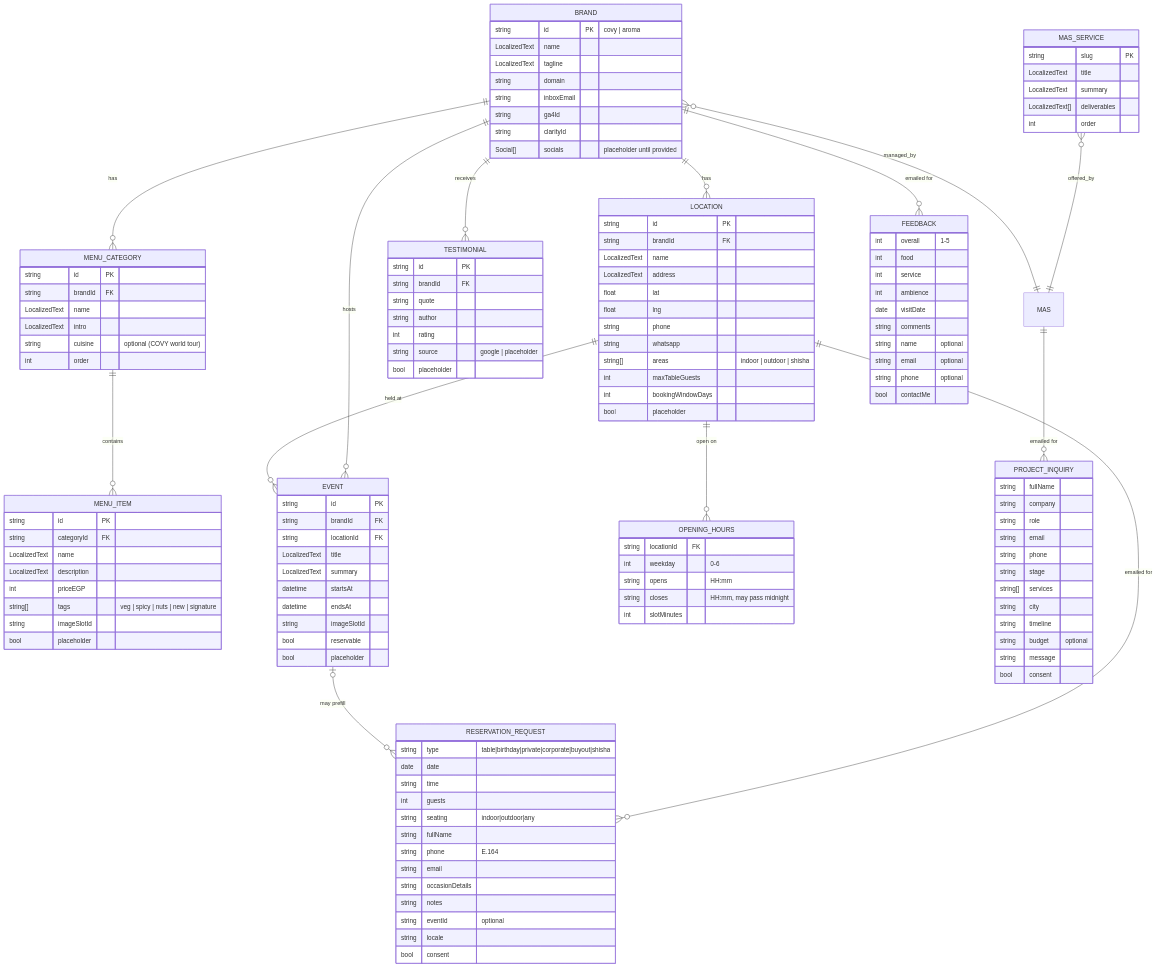
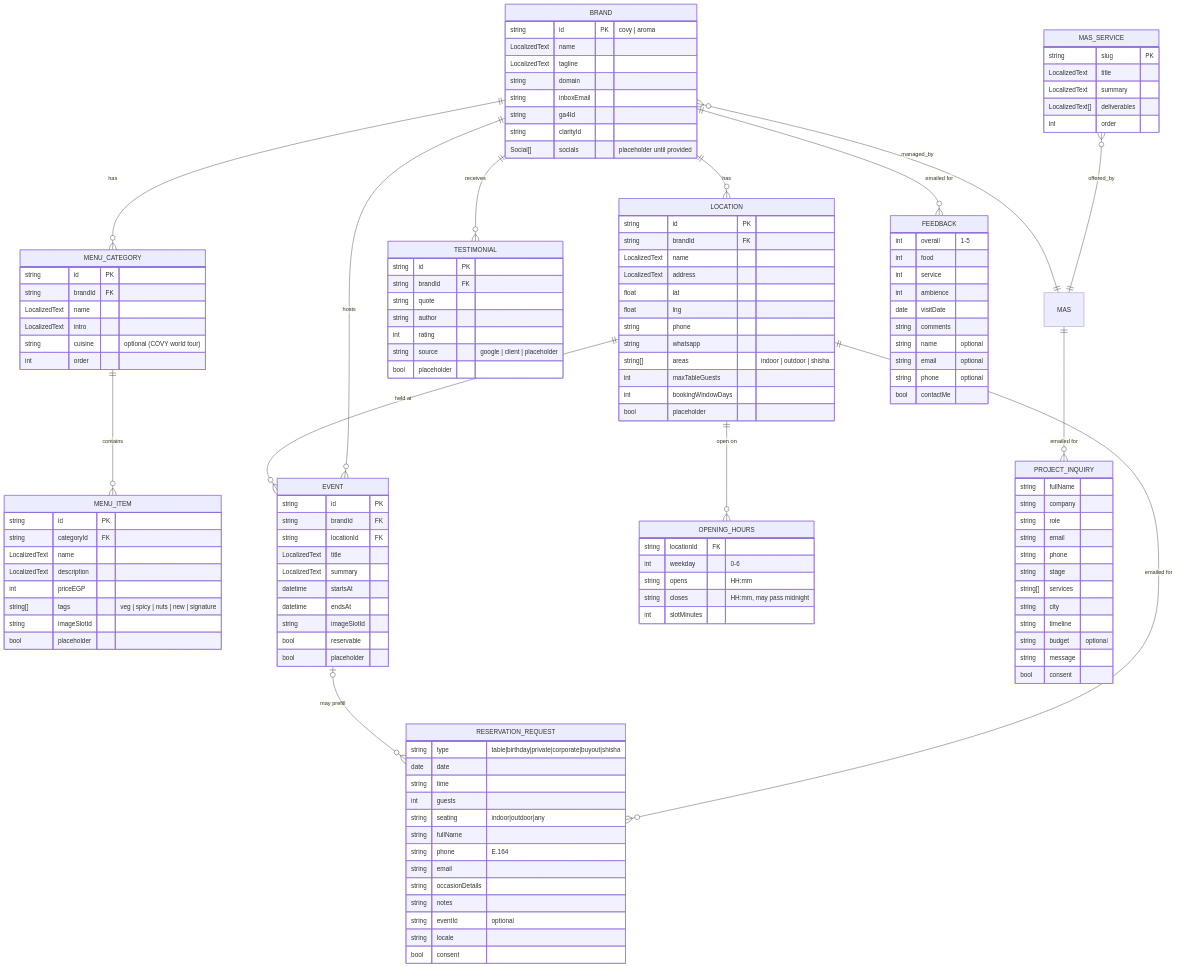
The fourth of 6 diagrams in docs/02-architecture.md (zeyadelbadawi/mas), drawn with Mermaid before and after one commit. The commit also changed 6 other files, not shown here.

```diff
--- a/docs/02-architecture.md
+++ b/docs/02-architecture.md
@@ -290,7 +290,7 @@
     string quote
     string author
     int rating
-    string source "google | placeholder"
+    string source "google | client | placeholder"
     bool placeholder
   }
   MAS_SERVICE {
```
